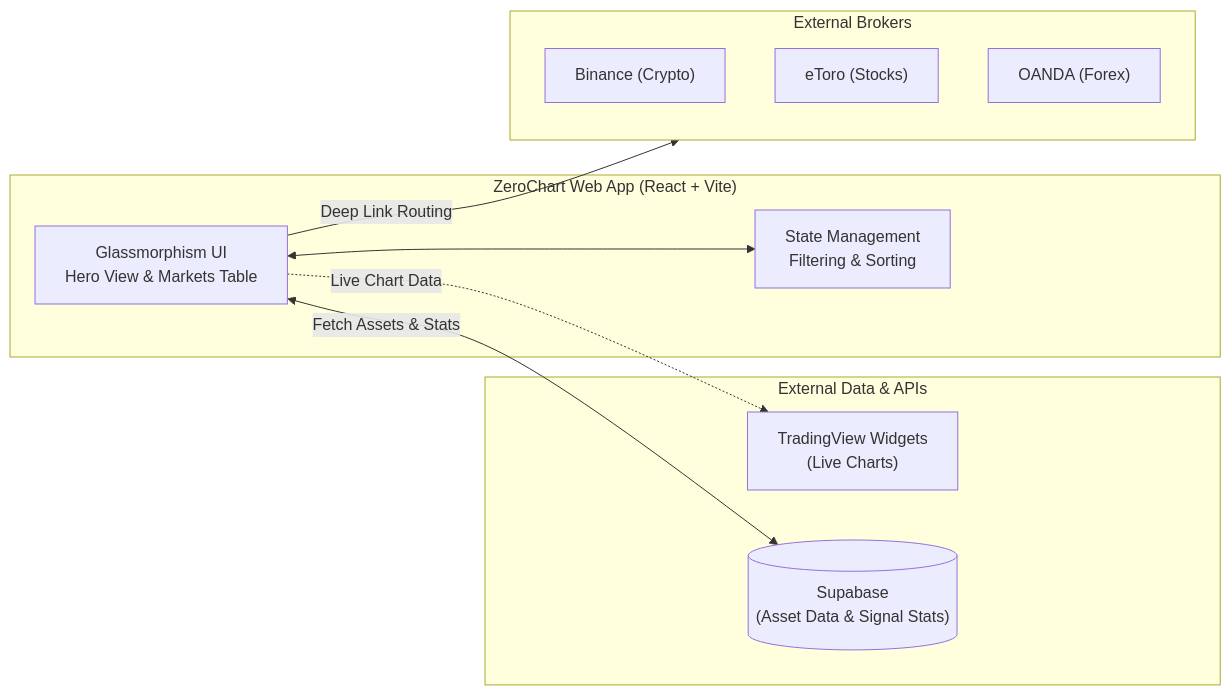
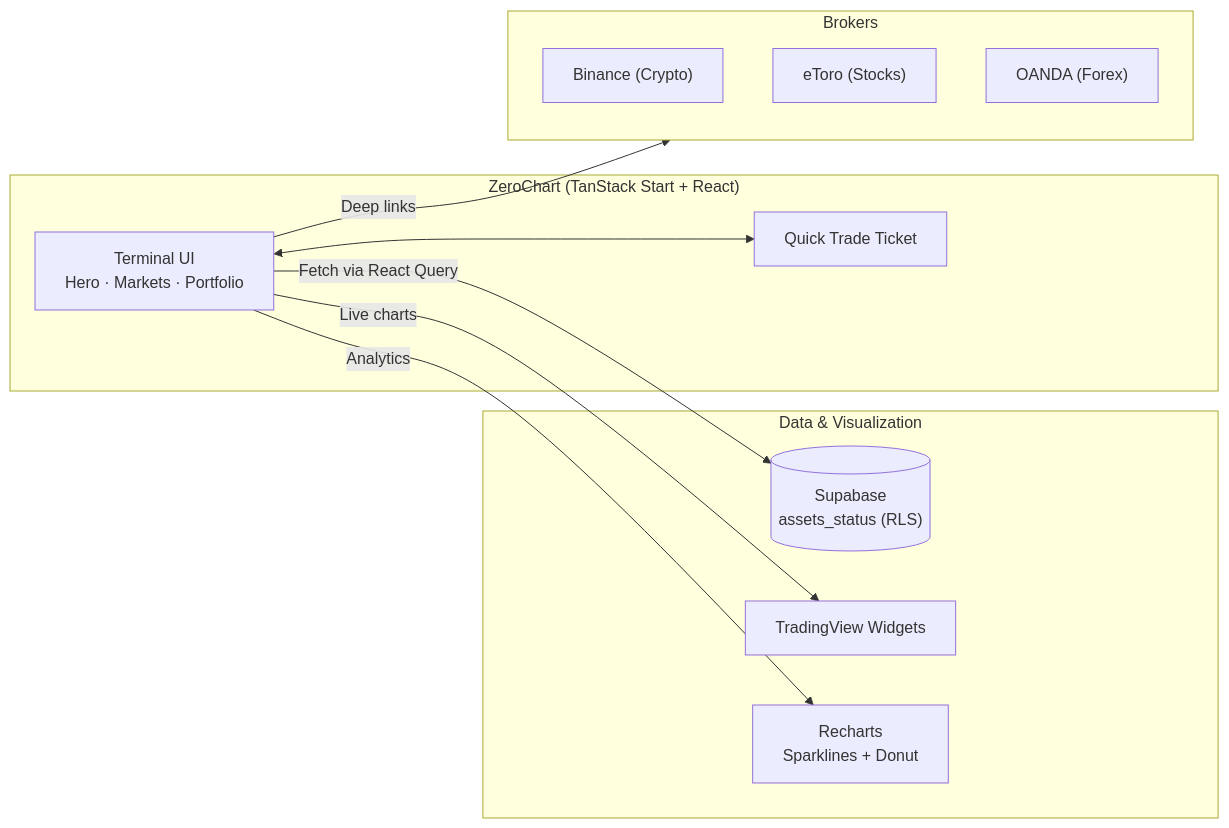
Before and after one commit to blackhebrewisraeli/ZeroChart: the diagram in README.md, drawn with Mermaid. The commit also changed other lines of this file and 3 other files, not shown here.

````diff
--- a/README.md
+++ b/README.md
@@ -73,23 +39,25 @@
 ```mermaid
 flowchart LR
-    subgraph Client["ZeroChart Web App (React + Vite)"]
-        UI["Glassmorphism UI\nHero View & Markets Table"]
-        State["State Management\nFiltering & Sorting"]
-        UI <--> State
+    subgraph App["ZeroChart (TanStack Start + React)"]
+        UI["Terminal UI<br/>Hero · Markets · Portfolio"]
+        Ticket["Quick Trade Ticket"]
+        UI <--> Ticket
     end
 
-    subgraph DataSources["External Data & APIs"]
-        TV["TradingView Widgets\n(Live Charts)"]
-        Supa[("Supabase\n(Asset Data & Signal Stats)")]
+    subgraph Data["Data & Visualization"]
+        Supa[("Supabase<br/>assets_status (RLS)")]
+        TV["TradingView Widgets"]
+        Charts["Recharts<br/>Sparklines + Donut"]
     end
 
-    subgraph Execution["External Brokers"]
+    subgraph Execution["Brokers"]
         Binance["Binance (Crypto)"]
         eToro["eToro (Stocks)"]
         OANDA["OANDA (Forex)"]
     end
 
-    UI -.->|"Live Chart Data"| TV
-    UI <-->|"Fetch Assets & Stats"| Supa
-    UI -->|"Deep Link Routing"| Execution
+    UI -->|"Fetch via React Query"| Supa
+    UI -->|"Live charts"| TV
+    UI -->|"Analytics"| Charts
+    UI -->|"Deep links"| Execution
 ```
````
